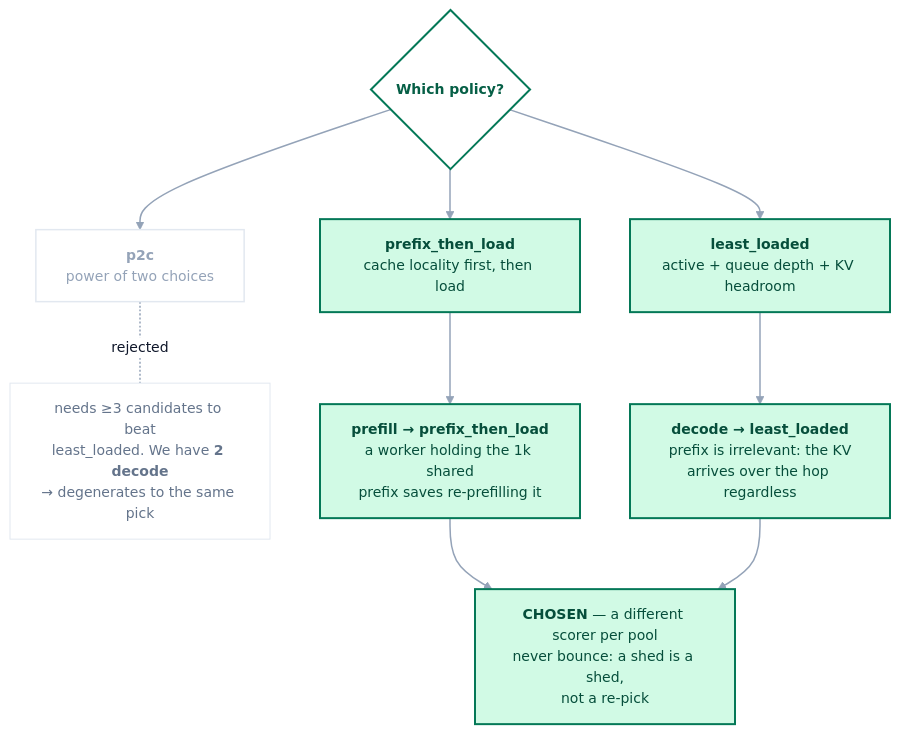
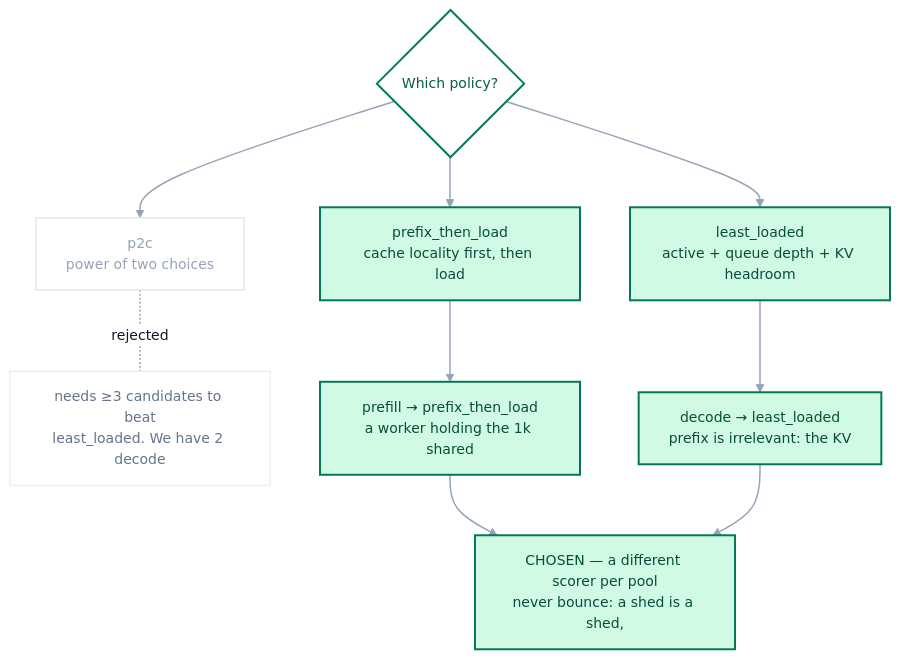
The sixth of 7 diagrams in SUBMISSION.md (harshuljain13/Dodona), drawn with Mermaid before and after one commit. The commit also changed other lines of this file and 17 other files, not shown here.

````diff
--- a/SUBMISSION.md
+++ b/SUBMISSION.md
@@ -685,50 +685,50 @@
 ```mermaid
 %%{init: {'theme':'base','themeVariables':{
   'fontFamily':'ui-sans-serif, -apple-system, Segoe UI, Inter, Helvetica, Arial, sans-serif','fontSize':'14px',
   'primaryColor':'#ecfdf5','primaryTextColor':'#0f172a','primaryBorderColor':'#059669',
   'secondaryColor':'#f8fafc','tertiaryColor':'#ffffff',
   'lineColor':'#94a3b8','textColor':'#1e293b',
   'clusterBkg':'#ffffff','clusterBorder':'#a7f3d0',
   'edgeLabelBackground':'#ffffff','nodeBorder':'#059669'
 }}}%%
 flowchart TD
-    S{"<b>Which policy?</b>"}
-    LL["<b>least_loaded</b><br/>active + queue depth + KV headroom"]
-    P2C["<b>p2c</b><br/>power of two choices"]
-    PTL["<b>prefix_then_load</b><br/>cache locality first, then load"]
+    S{"Which policy?"}
+    LL["least_loaded<br/>active + queue depth + KV headroom"]
+    P2C["p2c<br/>power of two choices"]
+    PTL["prefix_then_load<br/>cache locality first, then load"]
 
-    P2CX["needs ≥3 candidates to beat<br/>least_loaded. We have <b>2 decode</b><br/>→ degenerates to the same pick"]
+    P2CX["needs ≥3 candidates to beat<br/>least_loaded. We have 2 decode"]
 
-    PFP["<b>prefill → prefix_then_load</b><br/>a worker holding the 1k shared<br/>prefix saves re-prefilling it"]
-    DCP["<b>decode → least_loaded</b><br/>prefix is irrelevant: the KV<br/>arrives over the hop regardless"]
+    PFP["prefill → prefix_then_load<br/>a worker holding the 1k shared"]
+    DCP["decode → least_loaded<br/>prefix is irrelevant: the KV"]
 
-    FIN["<b>CHOSEN</b> — a different scorer per pool<br/>never bounce: a shed is a shed,<br/>not a re-pick"]
+    FIN["CHOSEN — a different scorer per pool<br/>never bounce: a shed is a shed,"]
 
     S --> LL & P2C & PTL
     P2C -.-|"rejected"| P2CX
     PTL ==> PFP
     LL ==> DCP
     PFP & DCP ==> FIN
 
     class LL,PTL,PFP,DCP,FIN pick
     class S gate
     class P2C dead
     class P2CX note
 
     classDef primary   fill:#ecfdf5,stroke:#059669,stroke-width:1.5px,color:#0f172a
     classDef secondary fill:#f0fdf4,stroke:#16a34a,stroke-width:1.5px,color:#0f172a
     classDef accent    fill:#ffffff,stroke:#059669,stroke-width:1.5px,color:#0f172a
     classDef decision  fill:#ffffff,stroke:#047857,stroke-width:2px,color:#065f46
     classDef gate      fill:#ffffff,stroke:#047857,stroke-width:2px,color:#065f46
     classDef data      fill:#f0fdf4,stroke:#16a34a,stroke-width:1.5px,color:#0f172a
     classDef neutral   fill:#f8fafc,stroke:#cbd5e1,stroke-width:1.5px,color:#475569
     classDef success   fill:#d1fae5,stroke:#047857,stroke-width:1.5px,color:#065f46
     classDef out       fill:#d1fae5,stroke:#047857,stroke-width:1.5px,color:#065f46
     classDef input     fill:#ffffff,stroke:#94a3b8,stroke-width:1.5px,color:#334155
     classDef highlight fill:#dcfce7,stroke:#15803d,stroke-width:1.5px,color:#14532d
     classDef pick      fill:#d1fae5,stroke:#047857,stroke-width:2px,color:#064e3b
     classDef alt       fill:#ecfdf5,stroke:#059669,stroke-width:1.5px,color:#0f172a
     classDef dead      fill:#ffffff,stroke:#e2e8f0,stroke-width:1.5px,color:#94a3b8
     classDef note      fill:#ffffff,stroke:#e2e8f0,stroke-width:1px,color:#64748b
     linkStyle default stroke:#94a3b8,stroke-width:1.5px
 ```
````
